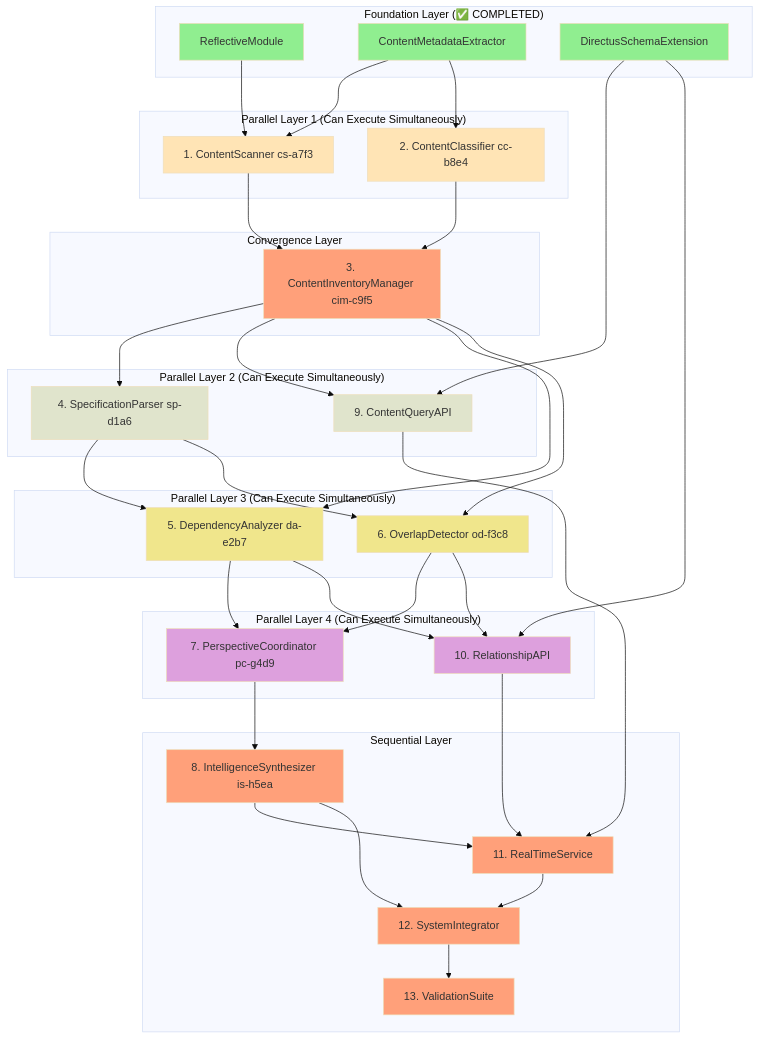
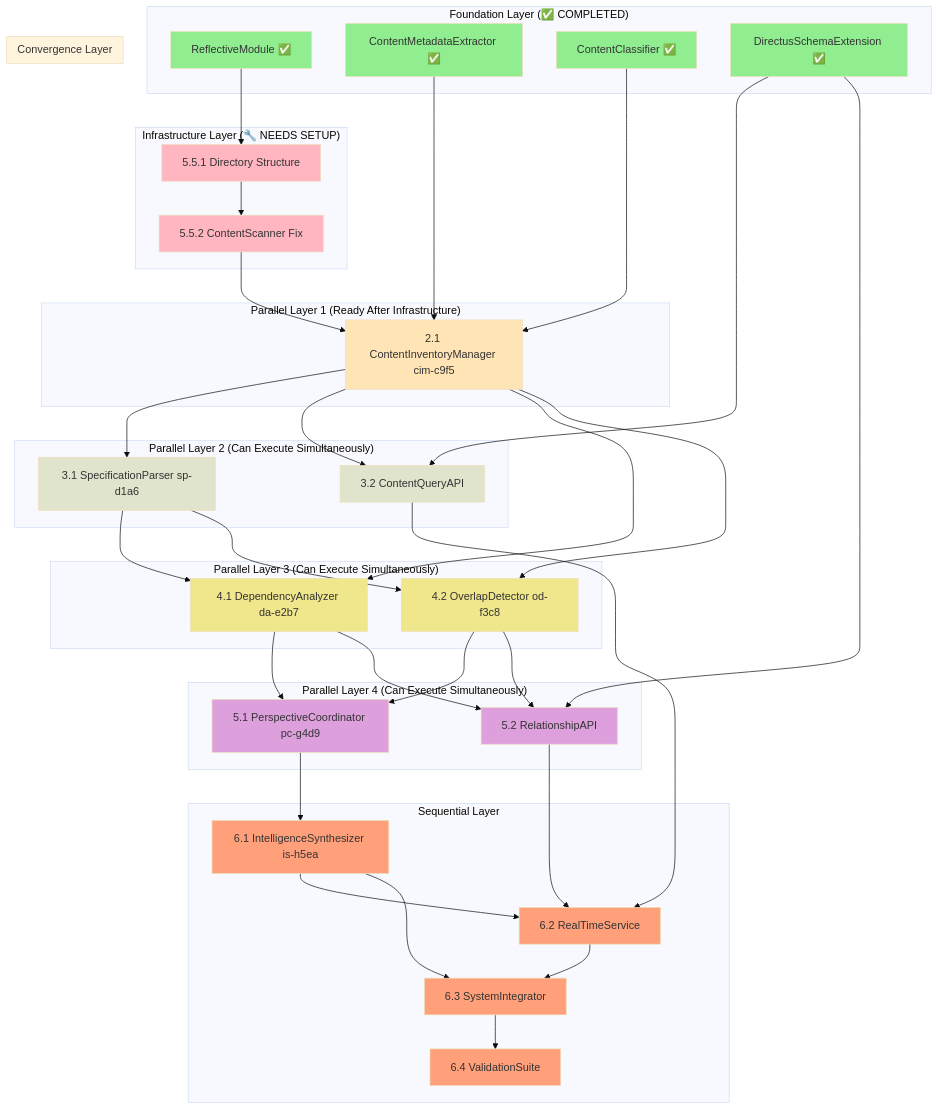
One commit to nkllon/kiro-ai-development-hackathon changed the diagram in .kiro/specs/repository-content-discovery-indexing/tasks.md. Above: the diagram before and after it, drawn with Mermaid (base theme). The commit also changed other lines of this file and 52 other files, not shown here.

````diff
--- a/.kiro/specs/repository-content-discovery-indexing/tasks.md
+++ b/.kiro/specs/repository-content-discovery-indexing/tasks.md
@@ -165,51 +216,58 @@
 ```mermaid
 graph TD
     subgraph "Foundation Layer (✅ COMPLETED)"
-        RM[ReflectiveModule]
-        CME[ContentMetadataExtractor]
-        DSE[DirectusSchemaExtension]
+        RM[ReflectiveModule ✅]
+        CME[ContentMetadataExtractor ✅]
+        CC[ContentClassifier ✅]
+        DSE[DirectusSchemaExtension ✅]
     end
     
-    subgraph "Parallel Layer 1 (Can Execute Simultaneously)"
-        CS[1. ContentScanner cs-a7f3]
-        CC[2. ContentClassifier cc-b8e4]
+    subgraph "Infrastructure Layer (🔧 NEEDS SETUP)"
+        DIR[5.5.1 Directory Structure]
+        CS[5.5.2 ContentScanner Fix]
+    end
+    
+    subgraph "Parallel Layer 1 (Ready After Infrastructure)"
+        CIM[2.1 ContentInventoryManager cim-c9f5]
     end
     
     subgraph "Convergence Layer"
-        CIM[3. ContentInventoryManager cim-c9f5]
+        CIM[2.1 ContentInventoryManager cim-c9f5]
     end
     
     subgraph "Parallel Layer 2 (Can Execute Simultaneously)"
-        SP[4. SpecificationParser sp-d1a6]
-        CQA[9. ContentQueryAPI]
+        SP[3.1 SpecificationParser sp-d1a6]
+        CQA[3.2 ContentQueryAPI]
     end
     
     subgraph "Parallel Layer 3 (Can Execute Simultaneously)"
-        DA[5. DependencyAnalyzer da-e2b7]
-        OD[6. OverlapDetector od-f3c8]
+        DA[4.1 DependencyAnalyzer da-e2b7]
+        OD[4.2 OverlapDetector od-f3c8]
     end
     
     subgraph "Parallel Layer 4 (Can Execute Simultaneously)"
-        PC[7. PerspectiveCoordinator pc-g4d9]
-        RA[10. RelationshipAPI]
+        PC[5.1 PerspectiveCoordinator pc-g4d9]
+        RA[5.2 RelationshipAPI]
     end
     
     subgraph "Sequential Layer"
-        IS[8. IntelligenceSynthesizer is-h5ea]
-        RTS[11. RealTimeService]
-        SI[12. SystemIntegrator]
-        VS[13. ValidationSuite]
+        IS[6.1 IntelligenceSynthesizer is-h5ea]
+        RTS[6.2 RealTimeService]
+        SI[6.3 SystemIntegrator]
+        VS[6.4 ValidationSuite]
     end
     
-    %% Foundation Dependencies
-    RM --> CS
-    CME --> CS
-    CME --> CC
+    %% Foundation Dependencies (All Complete)
+    RM --> DIR
+    CME --> CIM
+    CC --> CIM
     DSE --> CQA
     
-    %% Parallel Layer 1 → Convergence
+    %% Infrastructure Dependencies
+    DIR --> CS
+    
+    %% Infrastructure → Convergence
     CS --> CIM
-    CC --> CIM
     
     %% Convergence → Parallel Layer 2
     CIM --> SP
@@ -238,16 +296,18 @@
     SI --> VS
     
     classDef completed fill:#90EE90
+    classDef infrastructure fill:#FFB6C1
     classDef parallel1 fill:#FFE4B5
     classDef parallel2 fill:#E0E4CC
     classDef parallel3 fill:#F0E68C
     classDef parallel4 fill:#DDA0DD
     classDef sequential fill:#FFA07A
     
-    class RM,CME,DSE completed
-    class CS,CC parallel1
+    class RM,CME,CC,DSE completed
+    class DIR,CS infrastructure
+    class CIM parallel1
     class SP,CQA parallel2
     class DA,OD parallel3
     class PC,RA parallel4
-    class CIM,IS,RTS,SI,VS sequential
+    class IS,RTS,SI,VS sequential
 ```
````
